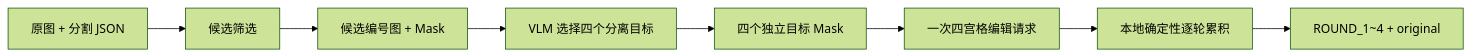
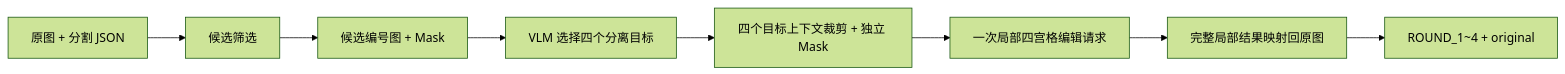
One commit to WolfRanok/CascadeForge changed the diagram in README.md. Above: the diagram before and after it, drawn with Mermaid (forest theme). The commit also changed other lines of this file and 2 other files, not shown here.

Commit message:
feat: edit cropped target context and paste full patches

````diff
--- a/README.md
+++ b/README.md
@@ -21,10 +21,10 @@
 ```mermaid
 flowchart LR
     A[原图 + 分割 JSON] --> B[候选筛选]
     B --> C[候选编号图 + Mask]
     C --> D[VLM 选择四个分离目标]
-    D --> E[四个独立目标 Mask]
-    E --> F[一次四宫格编辑请求]
-    F --> G[本地确定性逐轮累积]
+    D --> E[四个目标上下文裁剪 + 独立 Mask]
+    E --> F[一次局部四宫格编辑请求]
+    F --> G[完整局部结果映射回原图]
     G --> H[ROUND_1~4 + original]
 ```
````
